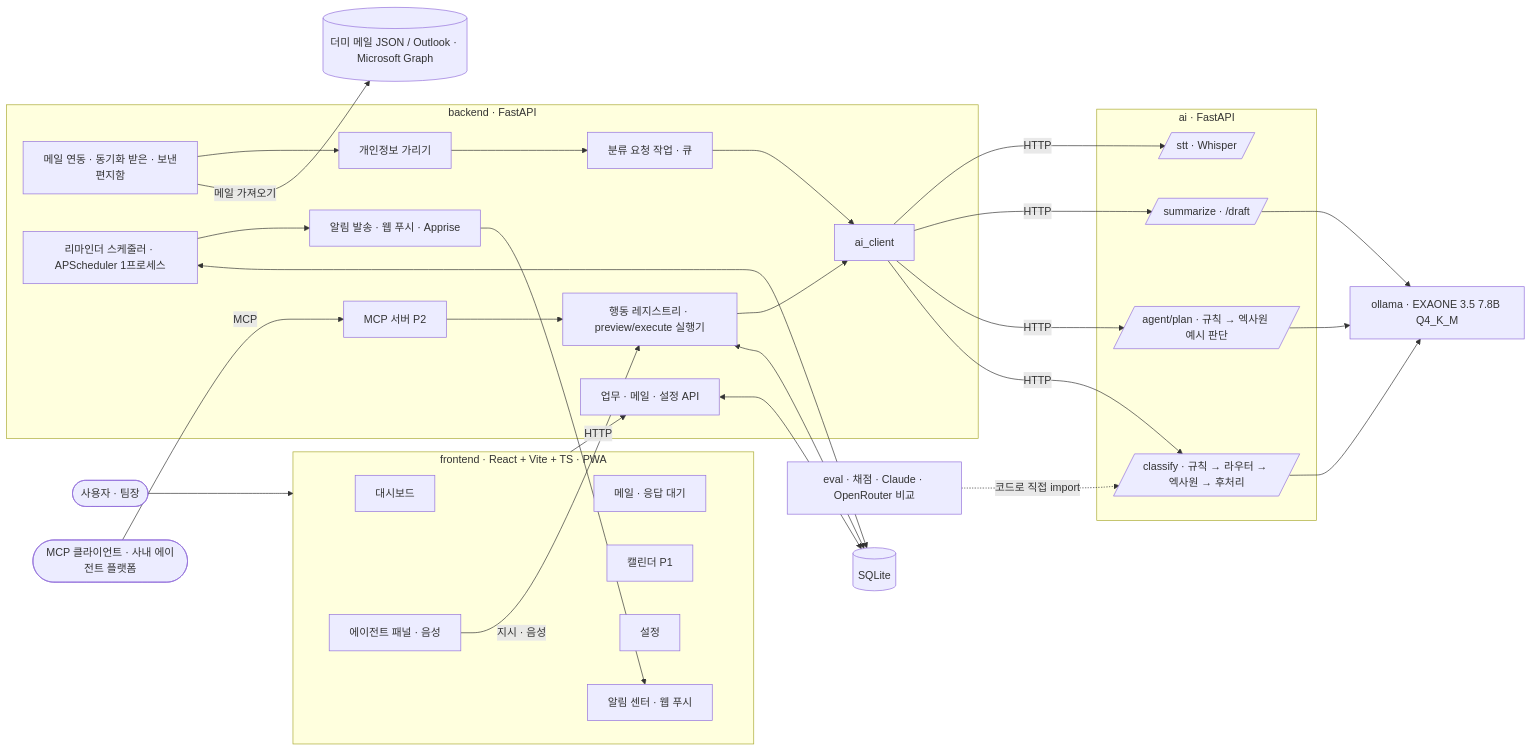
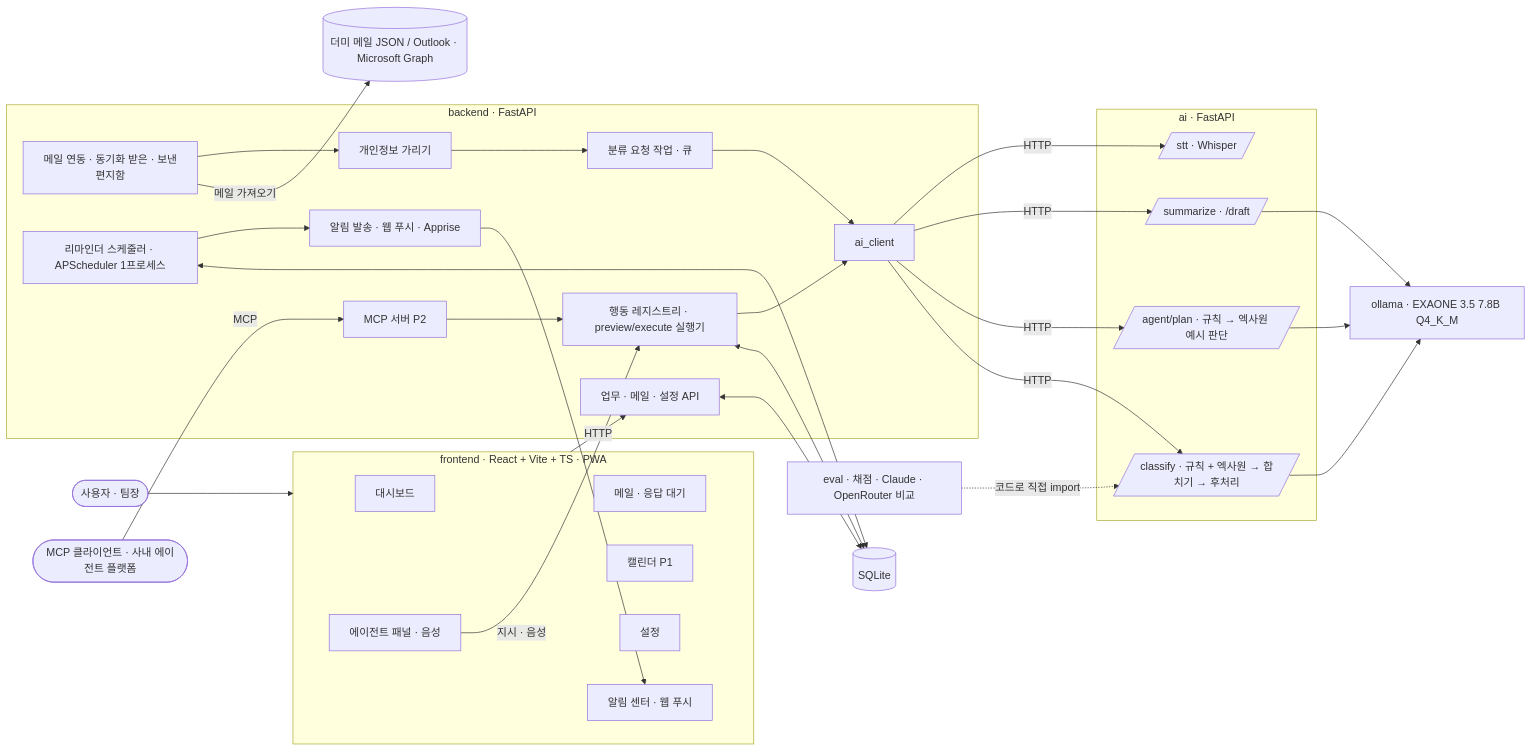
Before and after one commit to dlwodns/Teamproject_6: the first of 5 diagrams in docs/00_common/architecture.md, drawn with Mermaid. The commit also changed other lines of this file and 6 other files, not shown here.

Commit message:
docs: AI-18 구조도 v3.2 · AI 결정 AI-D10~D12 · AI-T10 — 모든 메일 엑사원 + 규칙 보완, 기한 구분(due_raw만 · ASAP), 확인 칸, 처리 시간 28초 · 대기열 · 2단계 표시 제안, test · test3 개발 세트 전환과 봉인 테스트 A · B, D14 변경 표시, AI README · detail · plan 최신화

````diff
--- a/docs/00_common/architecture.md
+++ b/docs/00_common/architecture.md
@@ -30,54 +40,54 @@
 ```mermaid
 flowchart LR
   U([사용자 · 팀장])
   MC([MCP 클라이언트 · 사내 에이전트 플랫폼])
   subgraph FE[frontend · React + Vite + TS · PWA]
     F1[대시보드]
     F2[메일 · 응답 대기]
     F3[캘린더 P1]
     F4[설정]
     F5[에이전트 패널 · 음성]
     F6[알림 센터 · 웹 푸시]
   end
   subgraph BE[backend · FastAPI]
     B1[업무 · 메일 · 설정 API]
     B2[메일 연동 · 동기화 받은 · 보낸편지함]
     B3[개인정보 가리기]
     B4[분류 요청 작업 · 큐]
     B5[행동 레지스트리 · preview/execute 실행기]
     B7[리마인더 스케줄러 · APScheduler 1프로세스]
     B8[알림 발송 · 웹 푸시 · Apprise]
     B9[MCP 서버 P2]
     B6[ai_client]
   end
   DB[(SQLite)]
   subgraph AI[ai · FastAPI]
-    A1[/classify · 규칙 → 라우터 → 엑사원 → 후처리/]
+    A1[/classify · 규칙 + 엑사원 → 합치기 → 후처리/]
     A2[/agent/plan · 규칙 → 엑사원 예시 판단/]
     A4[/summarize · /draft/]
     A3[/stt · Whisper/]
   end
   OL[ollama · EXAONE 3.5 7.8B Q4_K_M]
   MAIL[(더미 메일 JSON / Outlook · Microsoft Graph)]
   EVAL[eval · 채점 · Claude · OpenRouter 비교]
 
   U --> FE
   FE -- HTTP --> B1
   F5 -- 지시 · 음성 --> B5
   MC -- MCP --> B9 --> B5
   B1 <--> DB
   B5 <--> DB
   B7 <--> DB
   B7 --> B8 --> F6
   B2 -- 메일 가져오기 --> MAIL
   B2 --> B3 --> B4 --> B6
   B5 --> B6
   B6 -- HTTP --> A1
   B6 -- HTTP --> A2
   B6 -- HTTP --> A4
   B6 -- HTTP --> A3
   A1 --> OL
   A2 --> OL
   A4 --> OL
   EVAL -. 코드로 직접 import .-> A1
 ```
````
